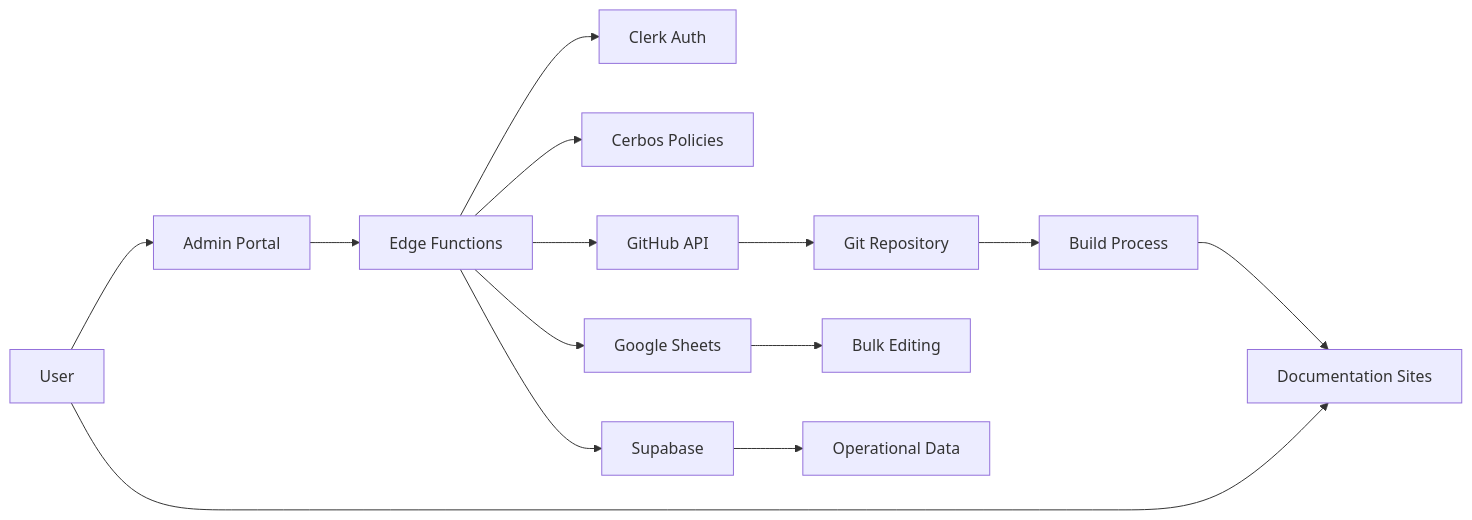
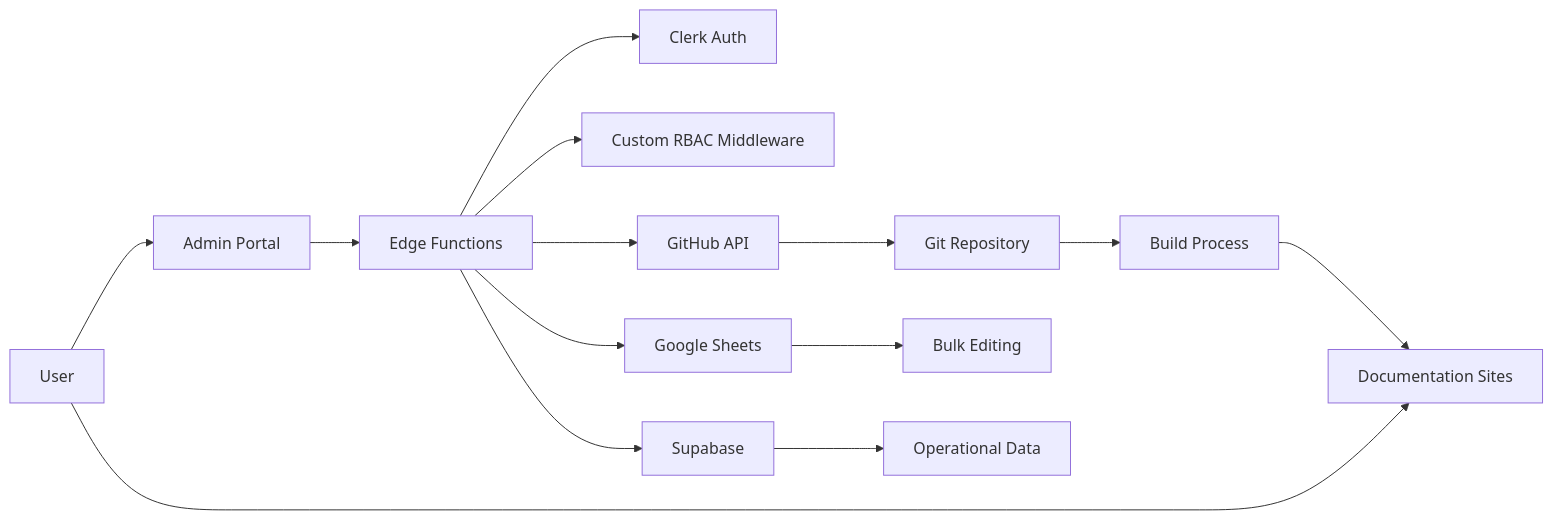
One commit to iflastandards/platform changed the diagram in system-design-docs/01-system-architecture-overview.md. Above: the diagram before and after it, drawn with Mermaid. The commit also changed other lines of this file and 46 other files, not shown here.

````diff
--- a/system-design-docs/01-system-architecture-overview.md
+++ b/system-design-docs/01-system-architecture-overview.md
@@ -146,19 +185,19 @@
 ```mermaid
 graph LR
     A[User] --> B[Admin Portal]
     A --> C[Documentation Sites]
     
     B --> D[Edge Functions]
     D --> E[Clerk Auth]
-    D --> F[Cerbos Policies]
+    D --> F[Custom RBAC Middleware]
     D --> G[GitHub API]
     D --> H[Google Sheets]
     D --> I[Supabase]
     
     G --> J[Git Repository]
     J --> K[Build Process]
     K --> C
     
     I --> L[Operational Data]
     H --> M[Bulk Editing]
 ```
````
